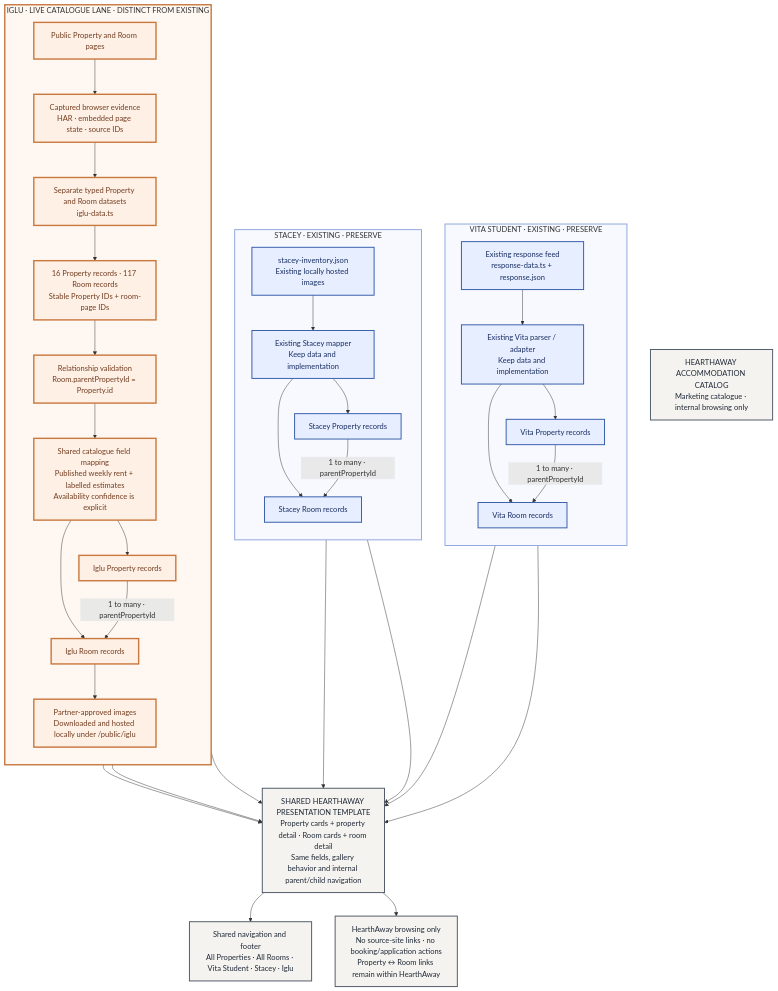
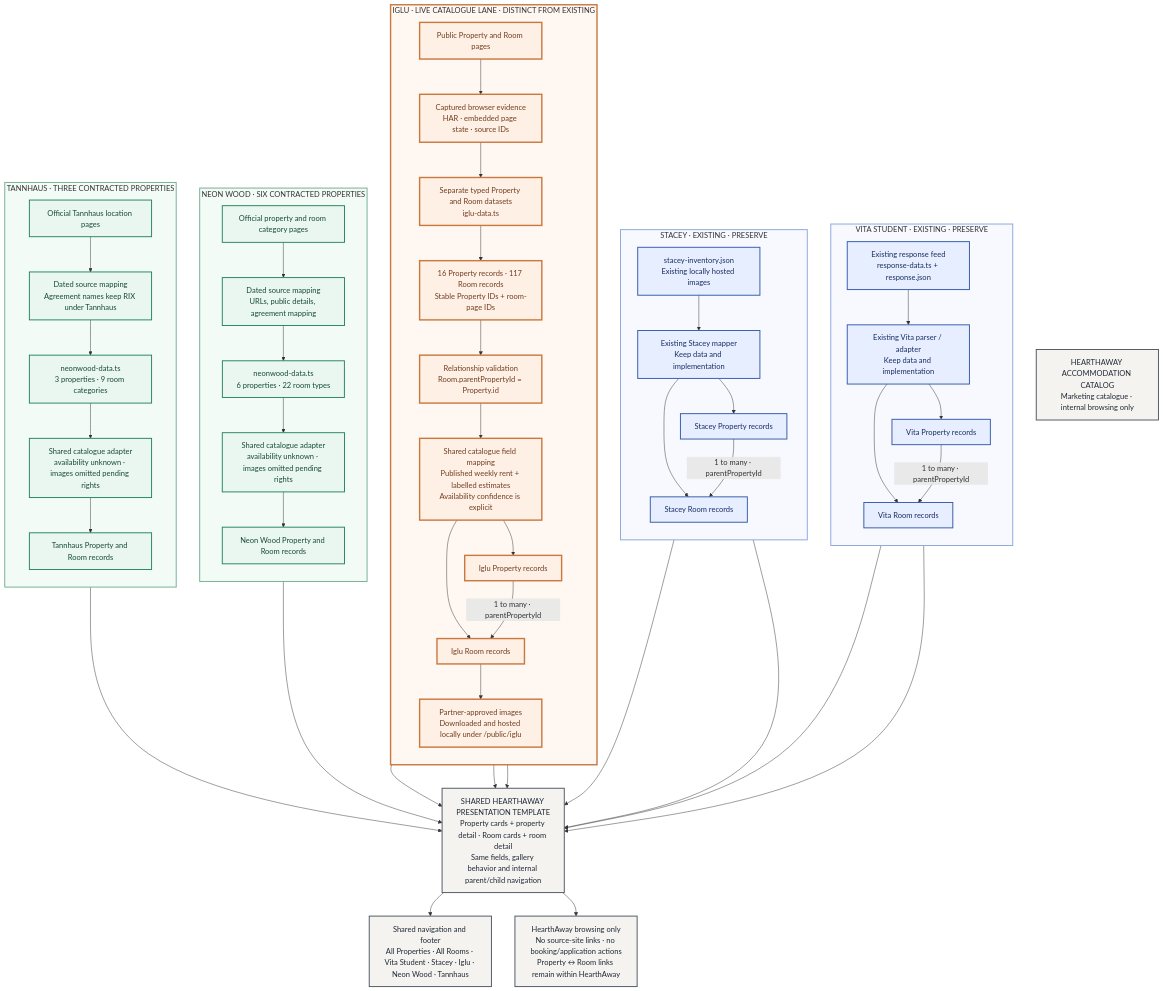
The diagram in docs/accommodation-architecture.mmd (verveschool/v0-hearthaway), drawn with Mermaid before and after one commit. The commit also changed 52 other files, not shown here.

First line of the commit message:
Add Neon Wood and Tannhaus accommodation providers (#100)

```diff
--- a/docs/accommodation-architecture.mmd
+++ b/docs/accommodation-architecture.mmd
@@ -1,54 +1,76 @@
 flowchart TB
   catalog["HEARTHAWAY ACCOMMODATION CATALOG\nMarketing catalogue · internal browsing only"]
 
   subgraph vita["VITA STUDENT · EXISTING · PRESERVE"]
     direction TB
     vitaSrc["Existing response feed\nresponse-data.ts + response.json"] --> vitaAdapter["Existing Vita parser / adapter\nKeep data and implementation"]
     vitaAdapter --> vitaProp["Vita Property records"]
     vitaAdapter --> vitaRoom["Vita Room records"]
     vitaProp -- "1 to many · parentPropertyId" --> vitaRoom
   end
 
   subgraph stacey["STACEY · EXISTING · PRESERVE"]
     direction TB
     staceySrc["stacey-inventory.json\nExisting locally hosted images"] --> staceyAdapter["Existing Stacey mapper\nKeep data and implementation"]
     staceyAdapter --> staceyProp["Stacey Property records"]
     staceyAdapter --> staceyRoom["Stacey Room records"]
     staceyProp -- "1 to many · parentPropertyId" --> staceyRoom
   end
 
   subgraph iglu["IGLU · LIVE CATALOGUE LANE · DISTINCT FROM EXISTING"]
     direction TB
     igluPages["Public Property and Room pages"] --> evidence["Captured browser evidence\nHAR · embedded page state · source IDs"]
     evidence --> raw["Separate typed Property and Room datasets\niglu-data.ts"]
     raw --> ids["16 Property records · 117 Room records\nStable Property IDs + room-page IDs"]
     ids --> validate["Relationship validation\nRoom.parentPropertyId = Property.id"]
     validate --> map["Shared catalogue field mapping\nPublished weekly rent + labelled estimates\nAvailability confidence is explicit"]
     map --> igluProp["Iglu Property records"]
     map --> igluRoom["Iglu Room records"]
     igluProp -- "1 to many · parentPropertyId" --> igluRoom
     igluRoom --> hosted["Partner-approved images\nDownloaded and hosted locally under /public/iglu"]
   end
 
+  subgraph neonwood["NEON WOOD · SIX CONTRACTED PROPERTIES"]
+    direction TB
+    nwPages["Official property and room category pages"] --> nwEvidence["Dated source mapping\nURLs, public details, agreement mapping"]
+    nwEvidence --> nwRaw["neonwood-data.ts\n6 properties · 22 room types"]
+    nwRaw --> nwAdapter["Shared catalogue adapter\navailability unknown · images omitted pending rights"]
+    nwAdapter --> nwProp["Neon Wood Property and Room records"]
+  end
+
+  subgraph tannhaus["TANNHAUS · THREE CONTRACTED PROPERTIES"]
+    direction TB
+    thPages["Official Tannhaus location pages"] --> thEvidence["Dated source mapping\nAgreement names keep RIX under Tannhaus"]
+    thEvidence --> thRaw["neonwood-data.ts\n3 properties · 9 room categories"]
+    thRaw --> thAdapter["Shared catalogue adapter\navailability unknown · images omitted pending rights"]
+    thAdapter --> thProp["Tannhaus Property and Room records"]
+  end
+
   vitaProp --> presentation
   vitaRoom --> presentation
   staceyProp --> presentation
   staceyRoom --> presentation
   igluProp --> presentation
   igluRoom --> presentation
   hosted --> presentation
+  nwProp --> presentation
+  thProp --> presentation
 
   presentation["SHARED HEARTHAWAY PRESENTATION TEMPLATE\nProperty cards + property detail · Room cards + room detail\nSame fields, gallery behavior and internal parent/child navigation"]
-  presentation --> nav["Shared navigation and footer\nAll Properties · All Rooms · Vita Student · Stacey · Iglu"]
+  presentation --> nav["Shared navigation and footer\nAll Properties · All Rooms · Vita Student · Stacey · Iglu · Neon Wood · Tannhaus"]
   presentation --> behavior["HearthAway browsing only\nNo source-site links · no booking/application actions\nProperty ↔ Room links remain within HearthAway"]
 
   classDef existing fill:#E7EEFF,stroke:#3159A8,color:#182D62,stroke-width:2px;
   classDef iglu fill:#FFF0E5,stroke:#C9783E,color:#713C20,stroke-width:3px;
+  classDef newprovider fill:#EAF7F1,stroke:#22845B,color:#164A36,stroke-width:2px;
   classDef shared fill:#F5F3EF,stroke:#4B5563,color:#1F2937,stroke-width:2px;
   classDef gate fill:#FFF8E7,stroke:#A77816,color:#4D3B0B,stroke-width:2px;
   class vitaSrc,vitaAdapter,vitaProp,vitaRoom,staceySrc,staceyAdapter,staceyProp,staceyRoom existing;
   class igluPages,evidence,raw,ids,validate,map,igluProp,igluRoom,hosted iglu;
+  class nwPages,nwEvidence,nwRaw,nwAdapter,nwProp,thPages,thEvidence,thRaw,thAdapter,thProp newprovider;
   class catalog,presentation,nav,behavior shared;
   style vita fill:#F7F9FF,stroke:#8CA5DB,stroke-width:2px;
   style stacey fill:#F7F9FF,stroke:#8CA5DB,stroke-width:2px;
   style iglu fill:#FFF8F2,stroke:#C9783E,stroke-width:3px;
+  style neonwood fill:#F3FBF7,stroke:#72AD8E,stroke-width:2px;
+  style tannhaus fill:#F3FBF7,stroke:#72AD8E,stroke-width:2px;
```
